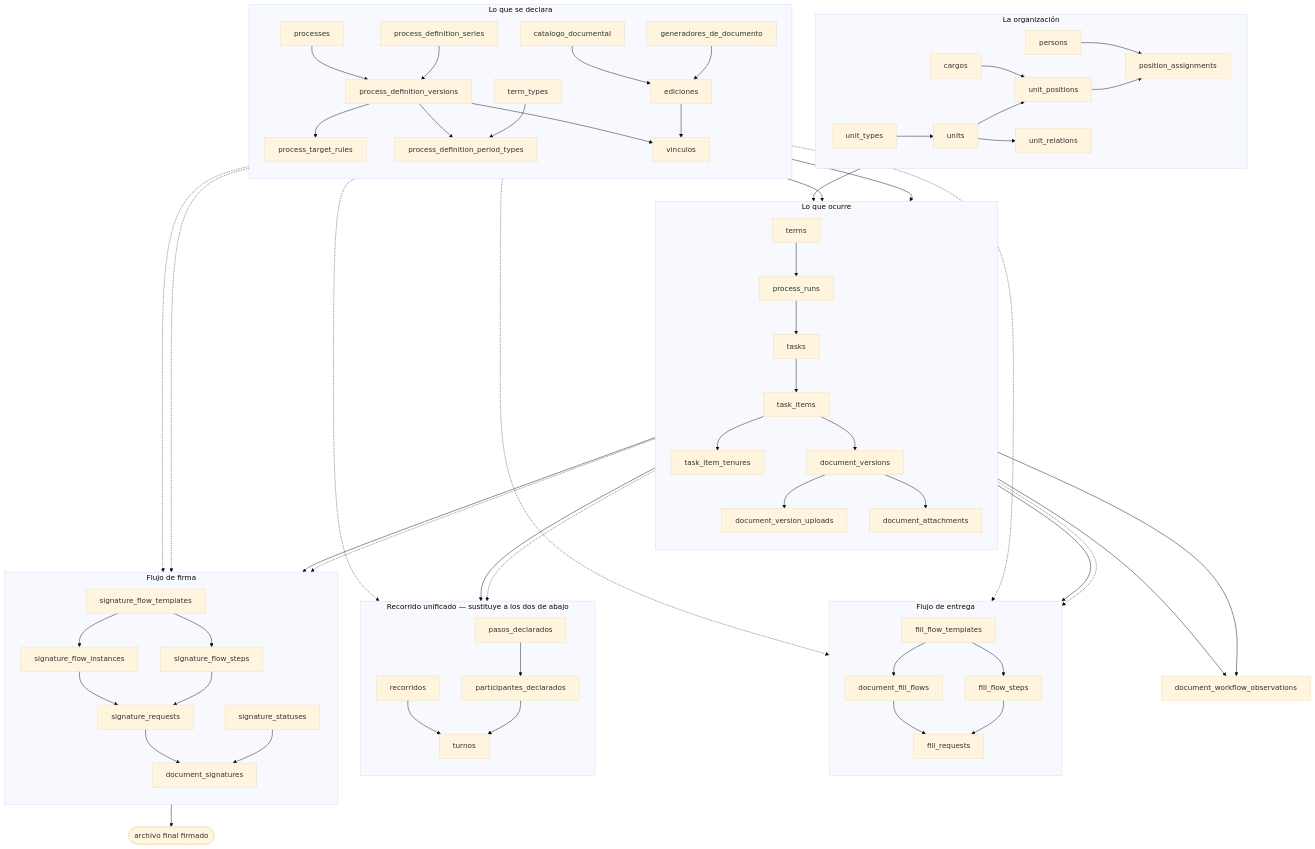
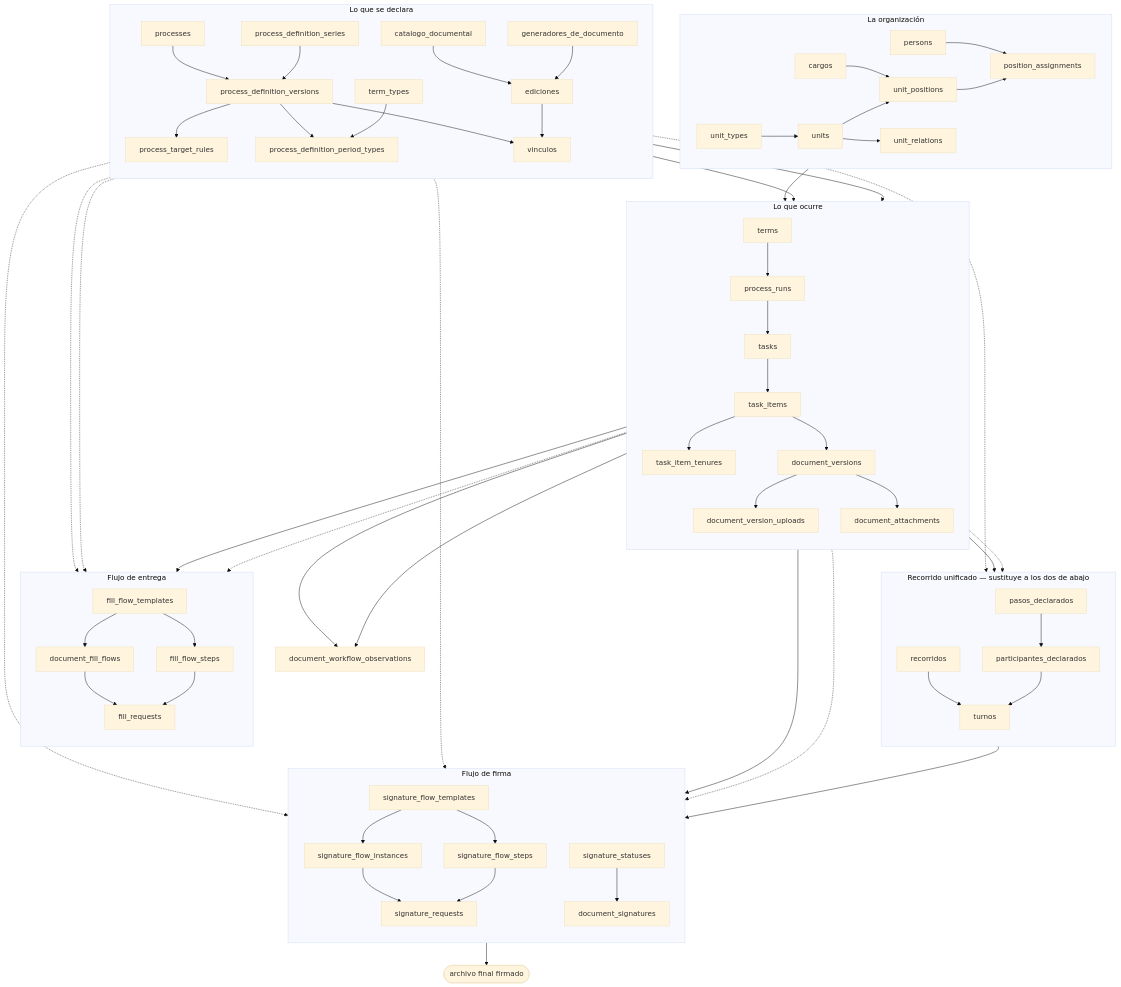
Before and after one commit to fresvel/deasy: the diagram in docs/src/content/docs/modelo/mapa-completo.md, drawn with Mermaid (base theme). The commit also changed other lines of this file and 50 other files, not shown here.

````diff
--- a/docs/src/content/docs/modelo/mapa-completo.md
+++ b/docs/src/content/docs/modelo/mapa-completo.md
@@ -22,79 +22,79 @@
 ```mermaid
 flowchart TB
   subgraph ORG["La organización"]
     direction LR
     UT["unit_types"] --> U["units"]
     U --> UP["unit_positions"]
     C["cargos"] --> UP
     UP --> PA["position_assignments"]
     P["persons"] --> PA
     U --> UR["unit_relations"]
   end
 
   subgraph DECL["Lo que se declara"]
     direction TB
     PR["processes"] --> PDV["process_definition_versions"]
     SER["process_definition_series"] --> PDV
     PDV --> PTR["process_target_rules"]
     PDV --> PDPT["process_definition_period_types"]
     TT["term_types"] --> PDPT
     DEL["catalogo_documental"] --> TA["ediciones"]
     GEN["generadores_de_documento"] --> TA
     PDV --> PDT["vinculos"]
     TA --> PDT
   end
 
   subgraph EJEC["Lo que ocurre"]
     direction TB
     PDV --> RUN["process_runs"]
     TERM["terms"] --> RUN
     RUN --> T["tasks"]
     T --> TI["task_items"]
     PDT --> TI
     UP --> TI
     TI --> TEN["task_item_tenures"]
     TI --> DV["document_versions"]
     DV --> DVU["document_version_uploads"]
     DV --> DA["document_attachments"]
   end
 
   subgraph ENT["Flujo de entrega"]
     direction TB
     FFT["fill_flow_templates"] --> FFS["fill_flow_steps"]
     FFT --> DFF["document_fill_flows"]
     DFF --> FR["fill_requests"]
     FFS --> FR
   end
 
   subgraph REC["Recorrido unificado — sustituye a los dos de abajo"]
     direction TB
     PASO["pasos_declarados"] --> PART["participantes_declarados"]
     RECO["recorridos"] --> TUR["turnos"]
     PART --> TUR
   end
 
   subgraph FIR["Flujo de firma"]
     direction TB
     SFT["signature_flow_templates"] --> SFS["signature_flow_steps"]
     SFT --> SFI["signature_flow_instances"]
     SFI --> SR["signature_requests"]
     SFS --> SR
-    SR --> DS["document_signatures"]
+    TUR --> DS["document_signatures"]
     SS["signature_statuses"] --> DS
   end
 
   TA -.-> FFT
   PDT -.-> FFT
   TI -.-> FFT
   TA -.-> SFT
   PDT -.-> SFT
   TI -.-> SFT
   DV --> DFF
   DV --> SFI
   TA -.-> PASO
   TI -.-> PASO
   DV --> RECO
   DS --> FIN(["archivo final firmado"])
   TI --> OBS["document_workflow_observations"]
   DV --> OBS
 ```
````
